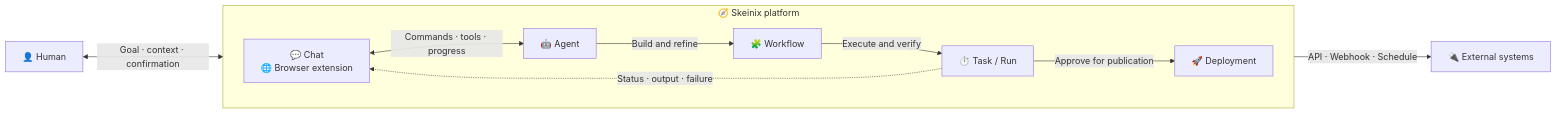
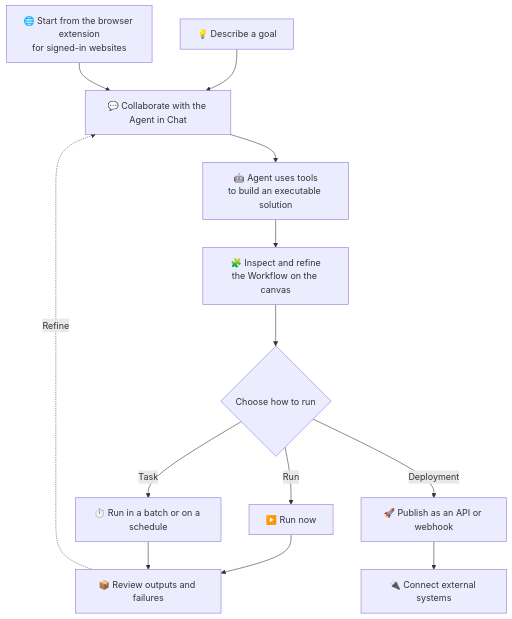
The diagram in README.md (LYuhang/Skeinix), drawn with Mermaid before and after one commit. The commit also changed 1 other file, not shown here.

Commit message:
docs: clarify the product usage flow

````diff
--- a/README.md
+++ b/README.md
@@ -173,23 +173,22 @@
 ```mermaid
-flowchart LR
-    H["👤 Human"]
+flowchart TB
+    G["💡 Describe a goal"]
+    B["🌐 Start from the browser extension<br/>for signed-in websites"]
+    C["💬 Collaborate with the Agent in Chat"]
+    A["🤖 Agent uses tools<br/>to build an executable solution"]
+    W["🧩 Inspect and refine<br/>the Workflow on the canvas"]
+    R{"Choose how to run"}
+    N["▶️ Run now"]
+    T["⏱️ Run in a batch or on a schedule"]
+    D["🚀 Publish as an API or webhook"]
+    O["📦 Review outputs and failures"]
+    E["🔌 Connect external systems"]
 
-    subgraph P["🧭 Skeinix platform"]
-        direction LR
-        I["💬 Chat<br/>🌐 Browser extension"]
-        A["🤖 Agent"]
-        W["🧩 Workflow"]
-        T["⏱️ Task / Run"]
-        D["🚀 Deployment"]
-    end
-
-    E["🔌 External systems"]
-
-    H <-->|"Goal · context · confirmation"| I
-    I <-->|"Commands · tools · progress"| A
-    A -->|"Build and refine"| W
-    W -->|"Execute and verify"| T
-    T -->|"Approve for publication"| D
-    D -->|"API · Webhook · Schedule"| E
-    T -.->|"Status · output · failure"| I
+    G --> C
+    B --> C
+    C --> A --> W --> R
+    R -->|Run| N --> O
+    R -->|Task| T --> O
+    R -->|Deployment| D --> E
+    O -.->|Refine| C
 ```
````
